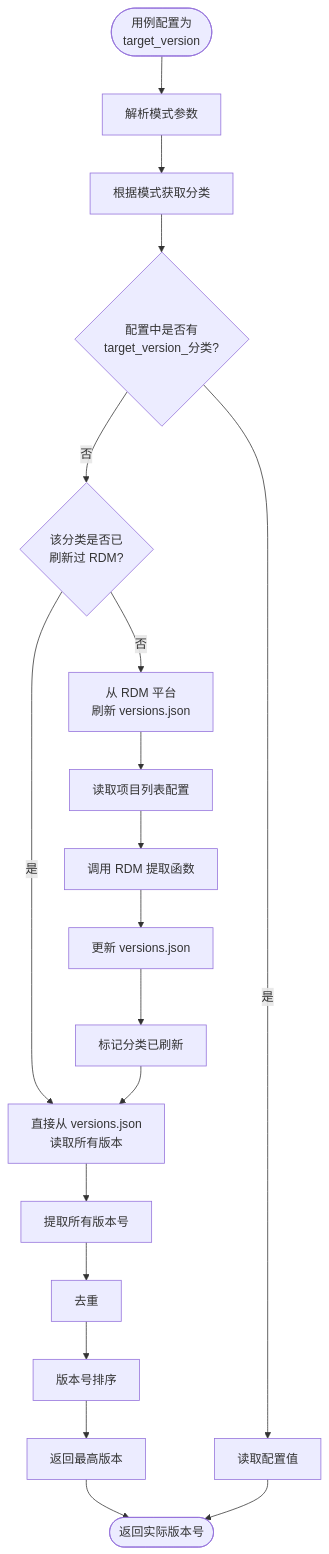
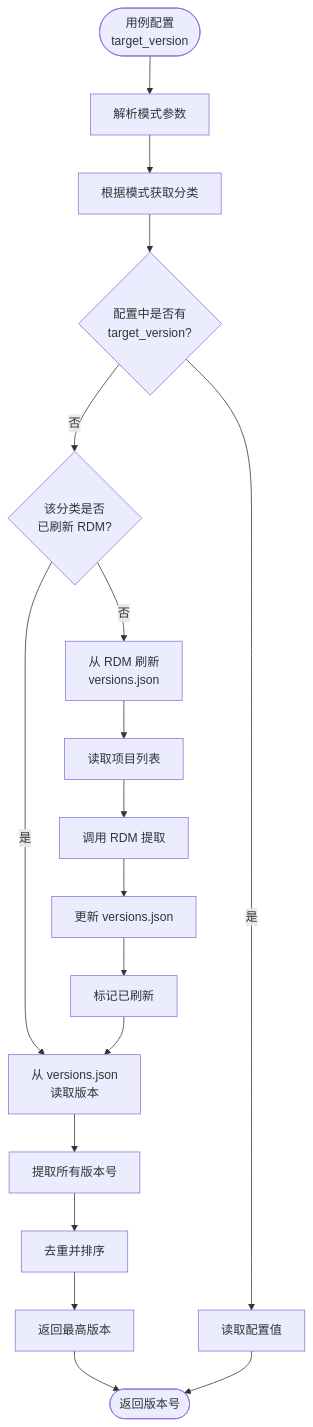
Diagram 20 of 22 in 系统架构文档.md (weihang1258/dpiAutoExcel), drawn with Mermaid before and after one commit. The commit also changed other lines of this file and 1 other file, not shown here.

Commit message:
docs: 优化流程图显示效果，统一字体大小
优化内容：
1. 简化流程图文本，减少换行
2. 统一节点文字长度，避免字体过小
3. 优化流程图布局，提高可读性

系统架构文档.md 优化：
- 版本号解析流程图：简化文本，横向布局
- target_version 自动获取流程图：简化文本，减少嵌套
- 版本号排序示例：简化文本

逻辑流程文档.md 优化：
- target_version 自动获取流程图：简化文本，减少嵌套
- 版本号解析流程图：简化文本，减少嵌套
- 版本号比较流程图：简化文本
- 最高版本获取流程图：简化文本
- 模式到分类映射流程图：简化文本

优化原则：
- 节点文字尽量简短，避免自动缩小字体
- 减少嵌套层级，避免文字过小
- 横向布局优先，充分利用屏幕宽度
- 保持流程清晰，不影响理解

````diff
--- a/系统架构文档.md
+++ b/系统架构文档.md
@@ -621,26 +620,25 @@
 ```mermaid
 graph TD
-    Start([用例配置为<br/>target_version]) --> A[解析模式参数]
+    Start([用例配置<br/>target_version]) --> A[解析模式参数]
     A --> B[根据模式获取分类]
-    B --> C{配置中是否有<br/>target_version_分类?}
+    B --> C{配置中是否有<br/>target_version?}
     
     C -->|是| D[读取配置值]
-    C -->|否| E{该分类是否已<br/>刷新过 RDM?}
+    C -->|否| E{该分类是否<br/>已刷新 RDM?}
     
-    E -->|是| F[直接从 versions.json<br/>读取所有版本]
-    E -->|否| G[从 RDM 平台<br/>刷新 versions.json]
+    E -->|是| F[从 versions.json<br/>读取版本]
+    E -->|否| G[从 RDM 刷新<br/>versions.json]
     
-    G --> H[读取项目列表配置]
-    H --> I[调用 RDM 提取函数]
+    G --> H[读取项目列表]
+    H --> I[调用 RDM 提取]
     I --> J[更新 versions.json]
-    J --> K[标记分类已刷新]
+    J --> K[标记已刷新]
     K --> F
     
     F --> L[提取所有版本号]
-    L --> M[去重]
-    M --> N[版本号排序]
-    N --> O[返回最高版本]
-    O --> End([返回实际版本号])
+    L --> M[去重并排序]
+    M --> N[返回最高版本]
+    N --> End([返回版本号])
     
     D --> End
 ```
````
